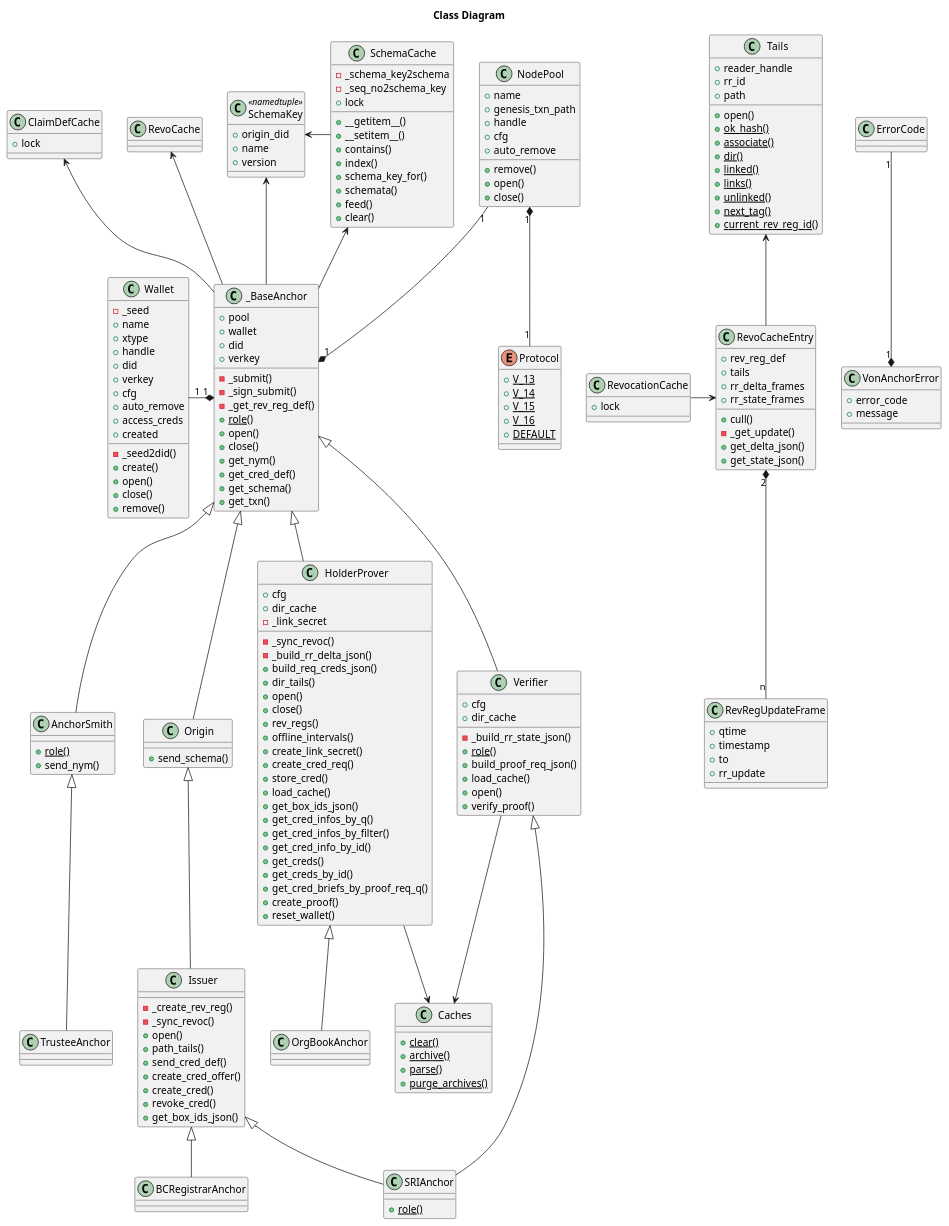
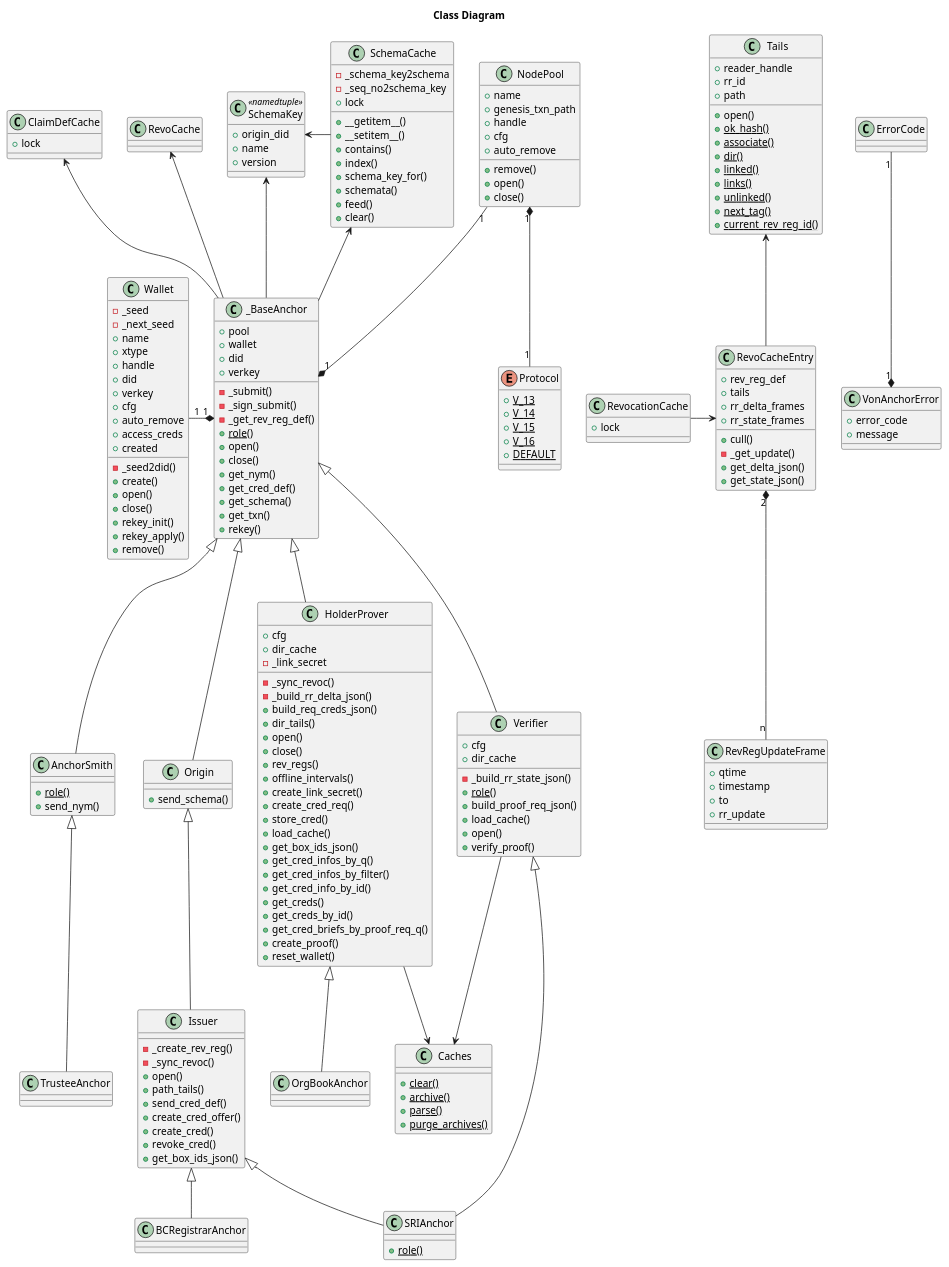
The diagram in doc/pic/src/class.puml (PSPC-SPAC-buyandsell/von_base), drawn with PlantUML before and after one commit. The commit also changed 4 other files, not shown here.

```diff
--- a/doc/pic/src/class.puml
+++ b/doc/pic/src/class.puml
@@ -96,6 +96,7 @@
 class Wallet {
     -_seed2did()
     -_seed
+    -_next_seed
     +name
     +xtype
     +handle
@@ -108,6 +109,8 @@
     +create()
     +open()
     +close()
+    +rekey_init()
+    +rekey_apply()
     +remove()
 }
 
@@ -145,6 +148,7 @@
     +get_cred_def()
     +get_schema()
     +get_txn()
+    +rekey()
 }
 
 class AnchorSmith {
```
